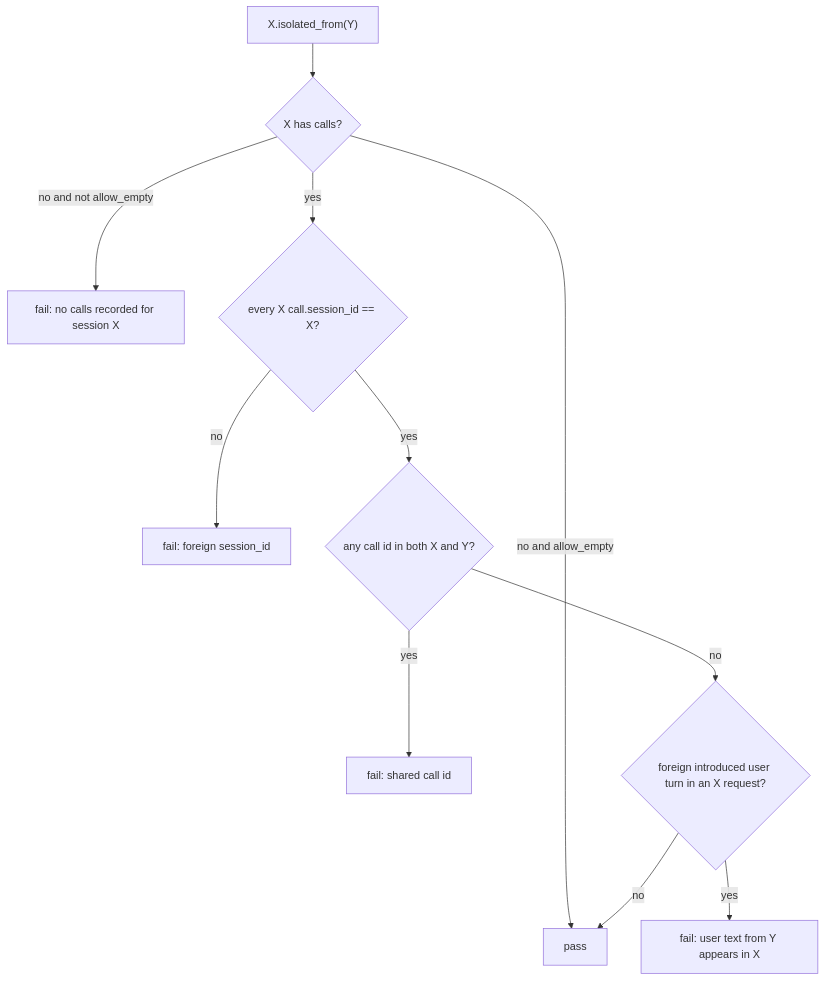
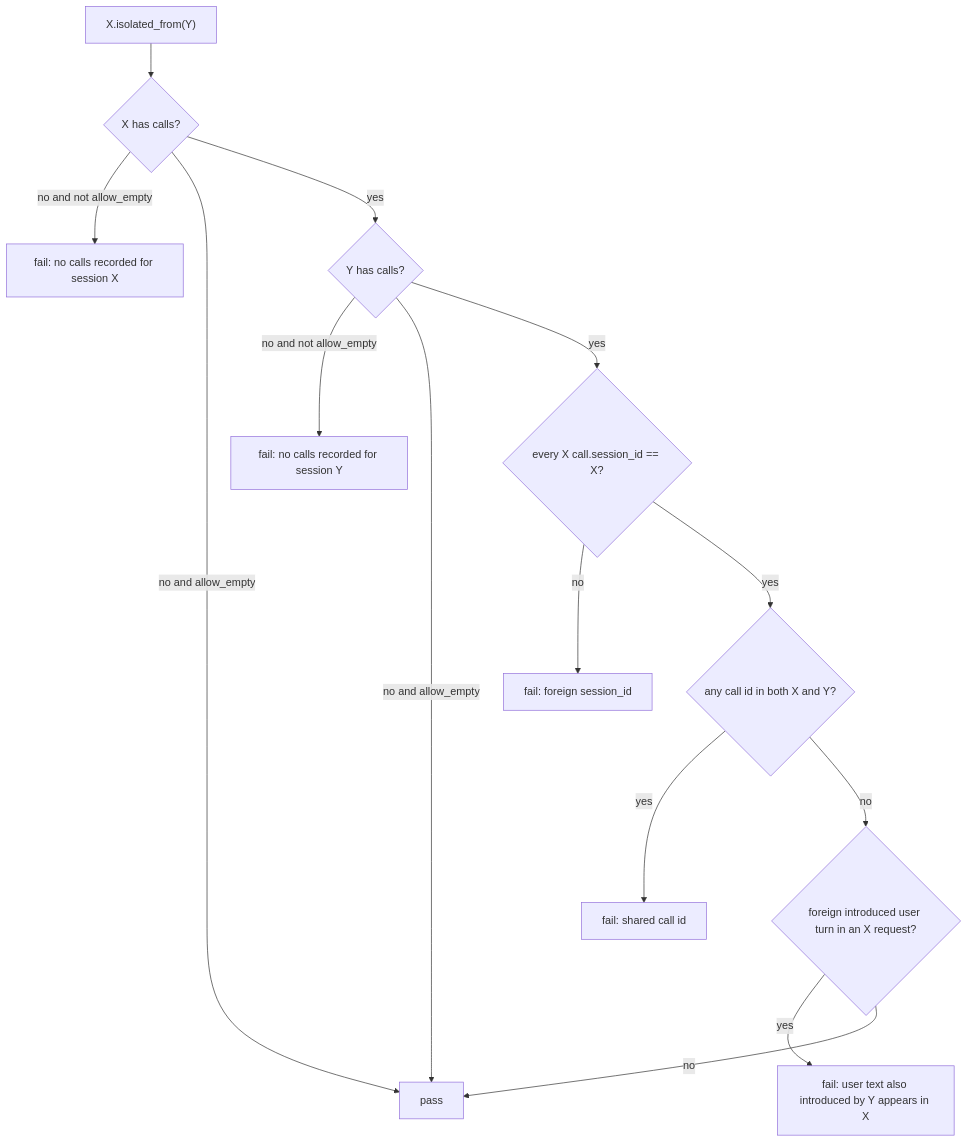
Before and after one commit to barzoj-co/llmentary: the diagram in docs/isolation-spec.md, drawn with Mermaid. The commit also changed other lines of this file and 23 other files, not shown here.

Commit message:
fix: fail isolated_from when the other session is empty (#42)

````diff
--- a/docs/isolation-spec.md
+++ b/docs/isolation-spec.md
@@ -18,13 +18,16 @@
 ```mermaid
 flowchart TD
   A["X.isolated_from(Y)"] --> B{"X has calls?"}
   B -->|no and not allow_empty| E1["fail: no calls recorded for session X"]
   B -->|no and allow_empty| P["pass"]
-  B -->|yes| C{"every X call.session_id == X?"}
+  B -->|yes| B2{"Y has calls?"}
+  B2 -->|no and not allow_empty| E1b["fail: no calls recorded for session Y"]
+  B2 -->|no and allow_empty| P
+  B2 -->|yes| C{"every X call.session_id == X?"}
   C -->|no| E2["fail: foreign session_id"]
   C -->|yes| D{"any call id in both X and Y?"}
   D -->|yes| E3["fail: shared call id"]
   D -->|no| F{"foreign introduced user turn in an X request?"}
-  F -->|yes| E4["fail: user text from Y appears in X"]
+  F -->|yes| E4["fail: user text also introduced by Y appears in X"]
   F -->|no| P
 ```
````
